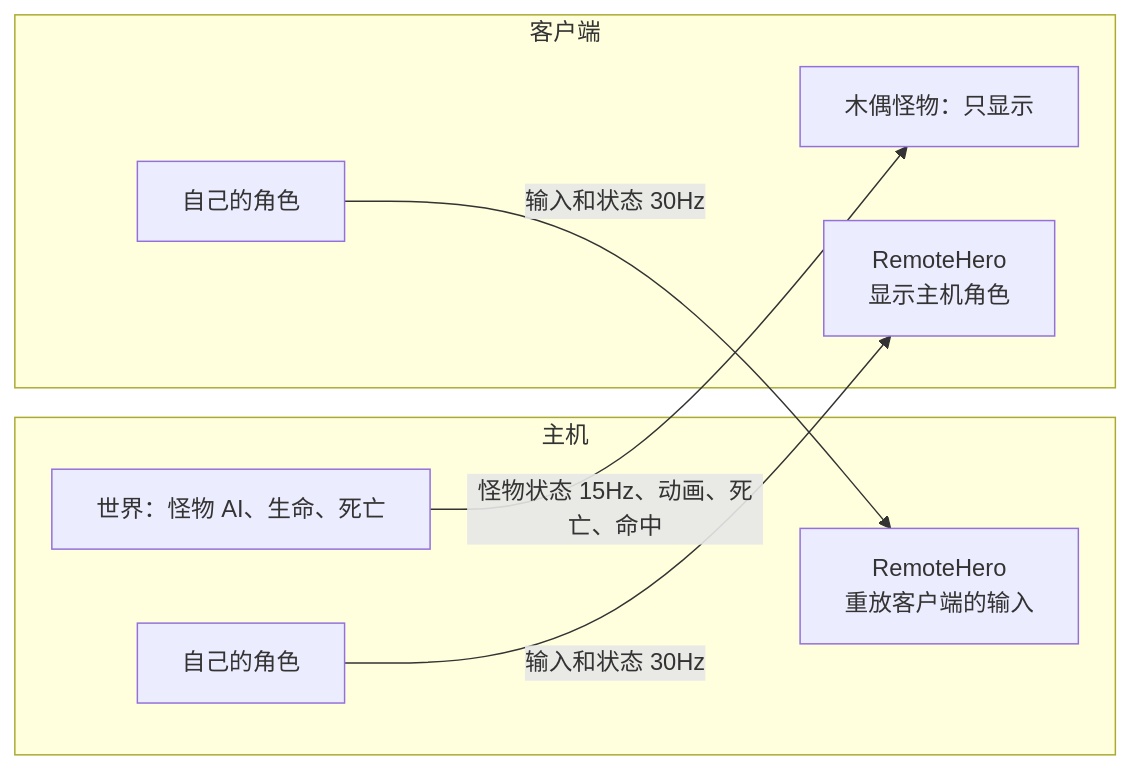
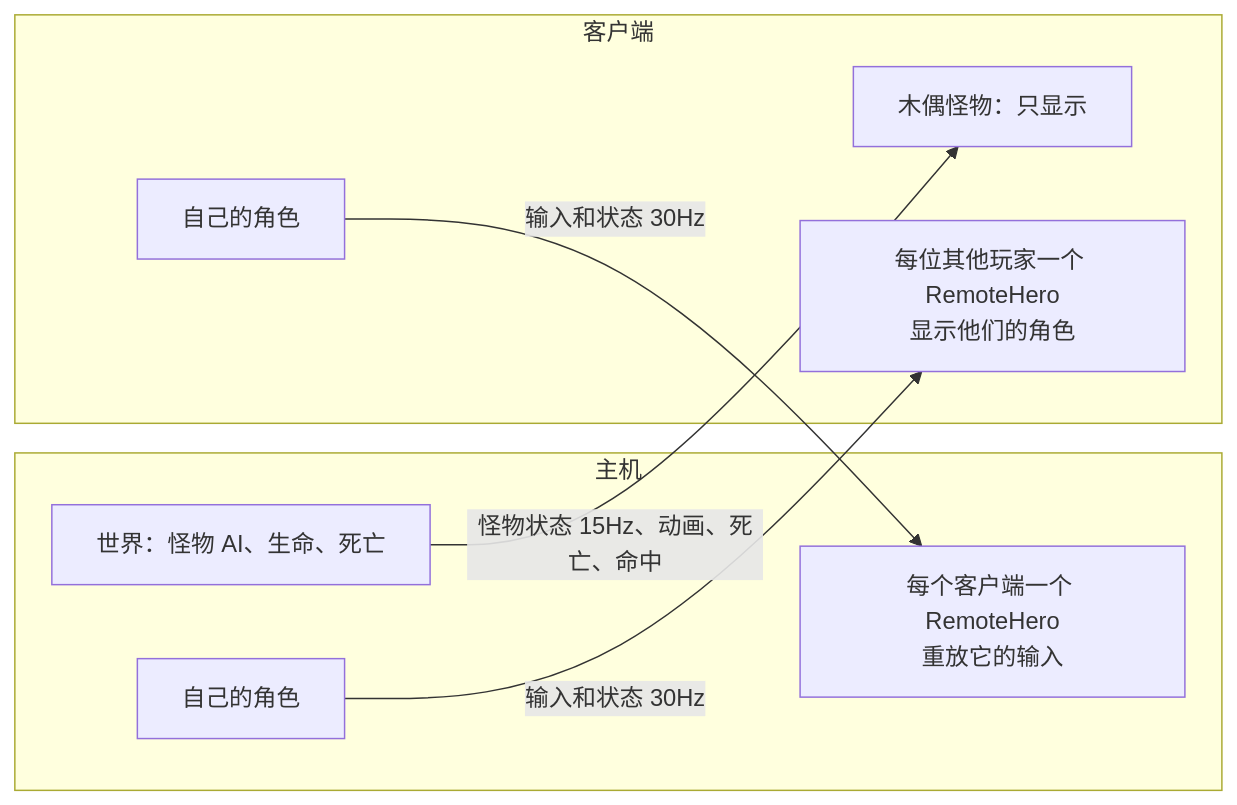
The diagram in docs/README.zh-CN.md (Ringophilia/Ringo-DeadCell-MP), drawn with Mermaid before and after one commit. The commit also changed other lines of this file and 33 other files, not shown here.

````diff
--- a/docs/README.zh-CN.md
+++ b/docs/README.zh-CN.md
@@ -152,16 +157,16 @@
 ```mermaid
 flowchart LR
     subgraph Host["主机"]
         HW["世界：怪物 AI、生命、死亡"]
         HH["自己的角色"]
-        HR["RemoteHero<br/>重放客户端的输入"]
+        HR["每个客户端一个 RemoteHero<br/>重放它的输入"]
     end
     subgraph Client["客户端"]
         CW["木偶怪物：只显示"]
         CH["自己的角色"]
-        CR["RemoteHero<br/>显示主机角色"]
+        CR["每位其他玩家一个 RemoteHero<br/>显示他们的角色"]
     end
     HW -- "怪物状态 15Hz、动画、死亡、命中" --> CW
     HH -- "输入和状态 30Hz" --> CR
     CH -- "输入和状态 30Hz" --> HR
 ```
````
